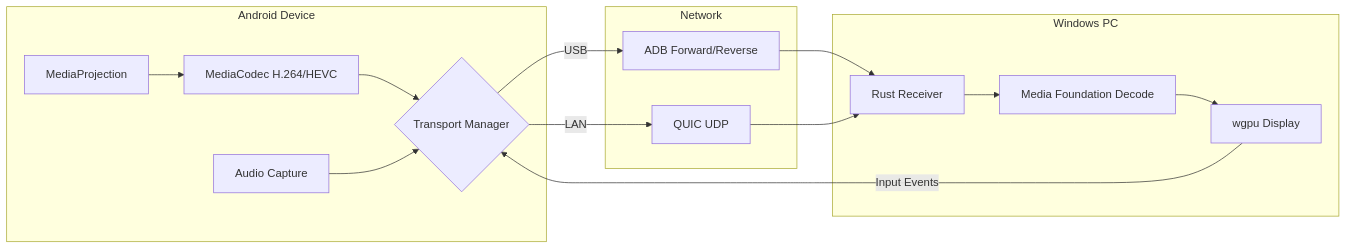
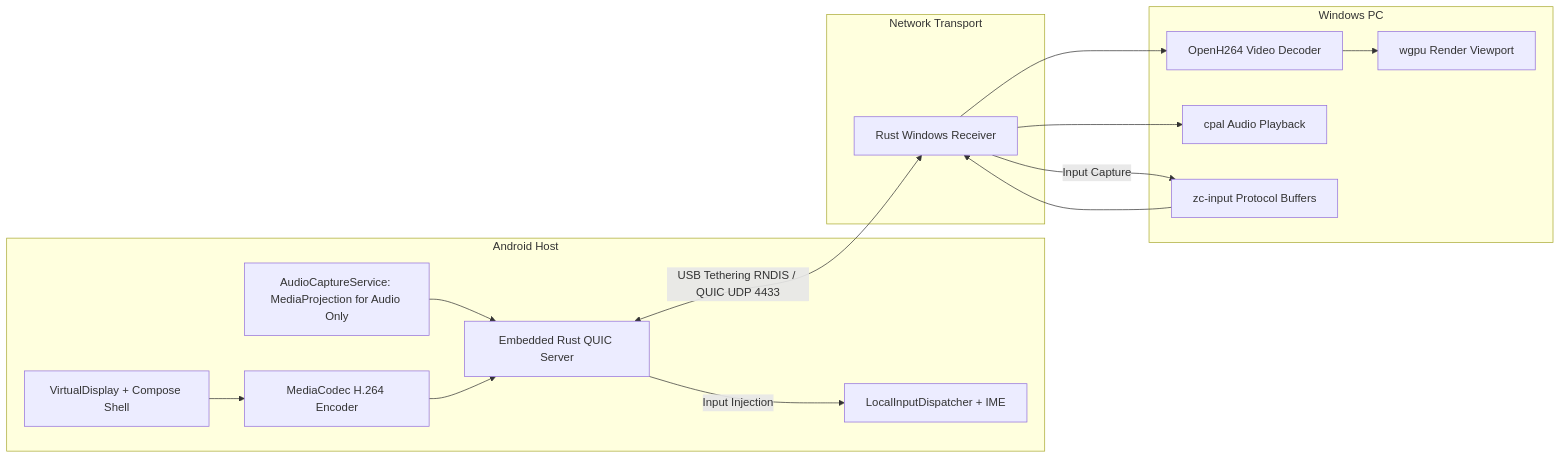
One commit to Fraagman/AndriodDEX-V2 changed the diagram in AndroidDEX.md. Above: the diagram before and after it, drawn with Mermaid. The commit also changed other lines of this file and 31 other files, not shown here.

````diff
--- a/AndroidDEX.md
+++ b/AndroidDEX.md
@@ -9,19 +9,19 @@
 ```mermaid
 graph LR
-    subgraph Android Device
-        A[MediaProjection] --> B[MediaCodec H.264/HEVC]
-        B --> C{Transport Manager}
-        I[Audio Capture] --> C
+    subgraph Android Host
+        VD[VirtualDisplay + Compose Shell] --> MC[MediaCodec H.264 Encoder]
+        AC[AudioCaptureService: MediaProjection for Audio Only] --> QS[Embedded Rust QUIC Server]
+        MC --> QS
+        QS -->|Input Injection| ID[LocalInputDispatcher + IME]
     end
-    subgraph Network
-        C -->|USB| D[ADB Forward/Reverse]
-        C -->|LAN| E[QUIC UDP]
+    subgraph Network Transport
+        QS <-->|USB Tethering RNDIS / QUIC UDP 4433| WR[Rust Windows Receiver]
     end
     subgraph Windows PC
-        D --> F[Rust Receiver]
-        E --> F
-        F --> G[Media Foundation Decode]
-        G --> H[wgpu Display]
-        H -->|Input Events| C
+        WR --> DEC[OpenH264 Video Decoder]
+        DEC --> WGPU[wgpu Render Viewport]
+        WR --> AUD[cpal Audio Playback]
+        WR -->|Input Capture| INP[zc-input Protocol Buffers]
+        INP --> WR
     end
 ```
````
